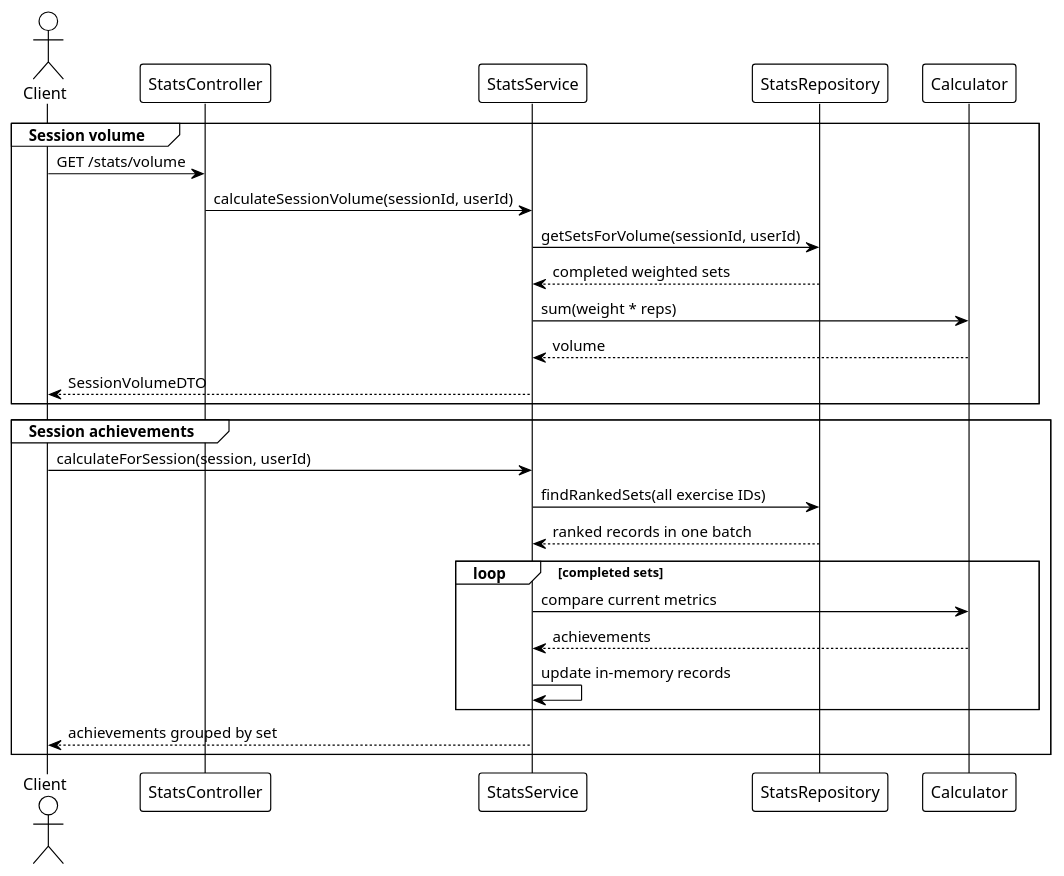
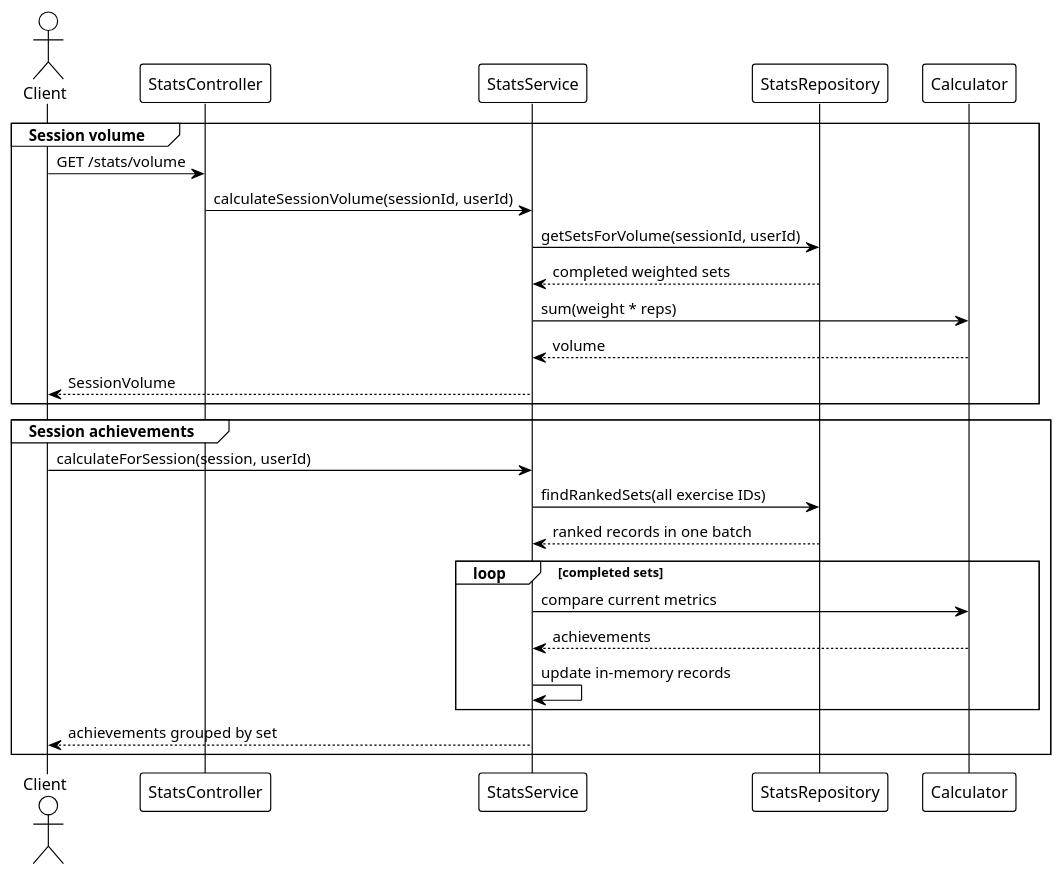
Before and after one commit to genesshoan/fitness-tracker-api: the diagram in docs/stats/stats-sequence.puml, drawn with PlantUML. The commit also changed 18 other files, not shown here.

```diff
--- a/docs/stats/stats-sequence.puml
+++ b/docs/stats/stats-sequence.puml
@@ -1,30 +1,30 @@
 @startuml
 !theme plain
 actor Client
 participant StatsController
 participant StatsService
 participant StatsRepository
 participant Calculator
 
 group Session volume
   Client -> StatsController : GET /stats/volume
   StatsController -> StatsService : calculateSessionVolume(sessionId, userId)
   StatsService -> StatsRepository : getSetsForVolume(sessionId, userId)
   StatsRepository --> StatsService : completed weighted sets
   StatsService -> Calculator : sum(weight * reps)
   Calculator --> StatsService : volume
-  StatsService --> Client : SessionVolumeDTO
+  StatsService --> Client : SessionVolume
 end
 
 group Session achievements
   Client -> StatsService : calculateForSession(session, userId)
   StatsService -> StatsRepository : findRankedSets(all exercise IDs)
   StatsRepository --> StatsService : ranked records in one batch
   loop completed sets
     StatsService -> Calculator : compare current metrics
     Calculator --> StatsService : achievements
     StatsService -> StatsService : update in-memory records
   end
   StatsService --> Client : achievements grouped by set
 end
 @enduml
```
